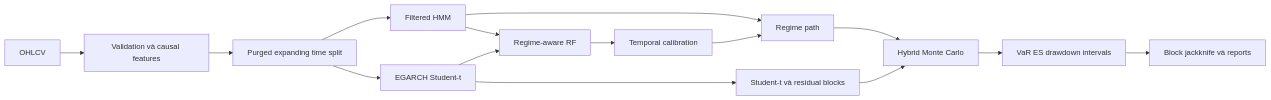
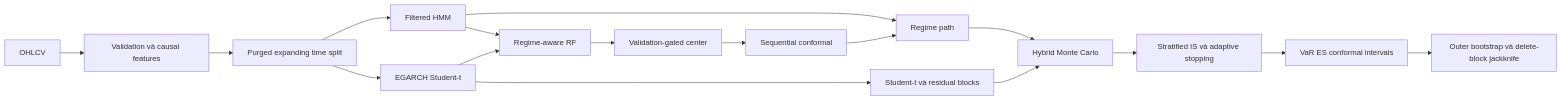
The diagram in README.md (namngyh/New-model), drawn with Mermaid before and after one commit. The commit also changed other lines of this file and 230 other files, not shown here.

````diff
--- a/README.md
+++ b/README.md
@@ -15,17 +15,19 @@
 ```mermaid
 flowchart LR
   A[OHLCV] --> B[Validation và causal features]
   B --> C[Purged expanding time split]
   C --> D[Filtered HMM]
   C --> E[EGARCH Student-t]
   D --> F[Regime-aware RF]
   E --> F
-  F --> G[Temporal calibration]
+  F --> G[Validation-gated center]
+  G --> Q[Sequential conformal]
   D --> H[Regime path]
   E --> I[Student-t và residual blocks]
-  G --> H
+  Q --> H
   H --> J[Hybrid Monte Carlo]
   I --> J
-  J --> K[VaR ES drawdown intervals]
-  K --> L[Block jackknife và reports]
+  J --> K[Stratified IS và adaptive stopping]
+  K --> L[VaR ES conformal intervals]
+  L --> M[Outer bootstrap và delete-block jackknife]
 ```
````
